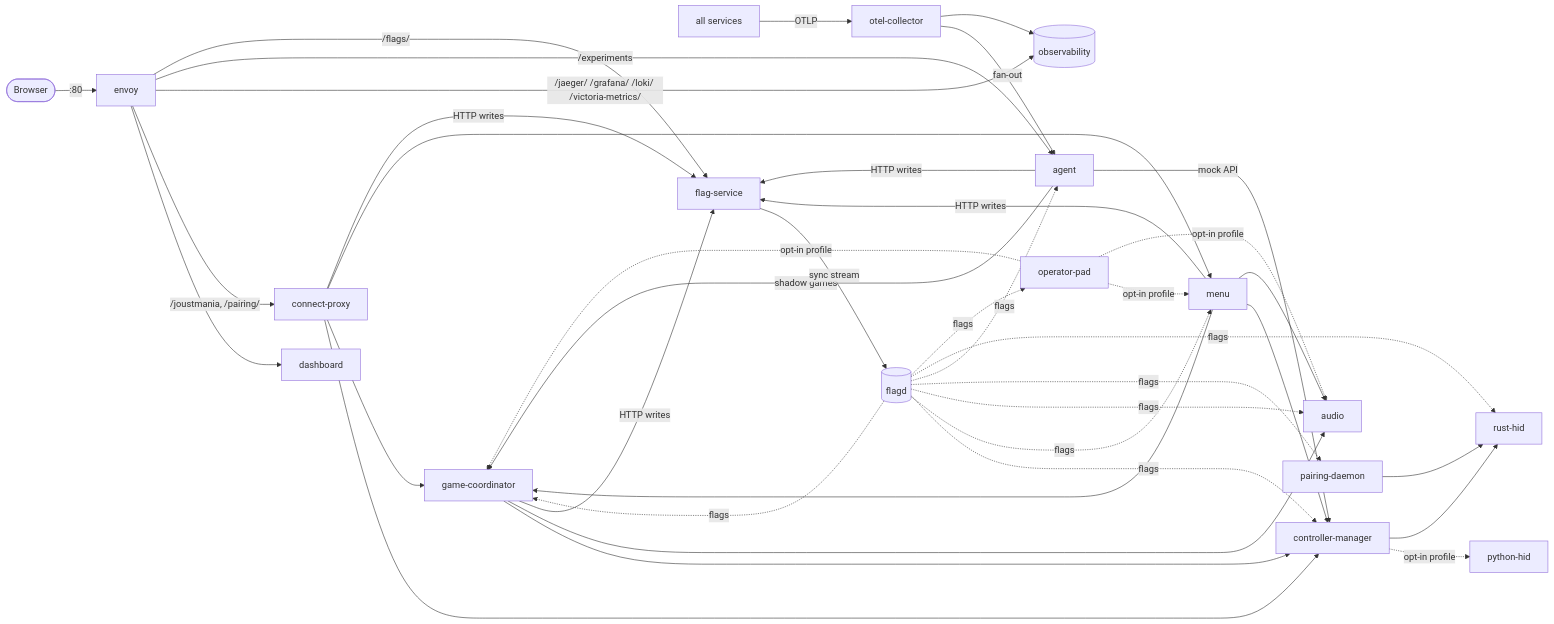
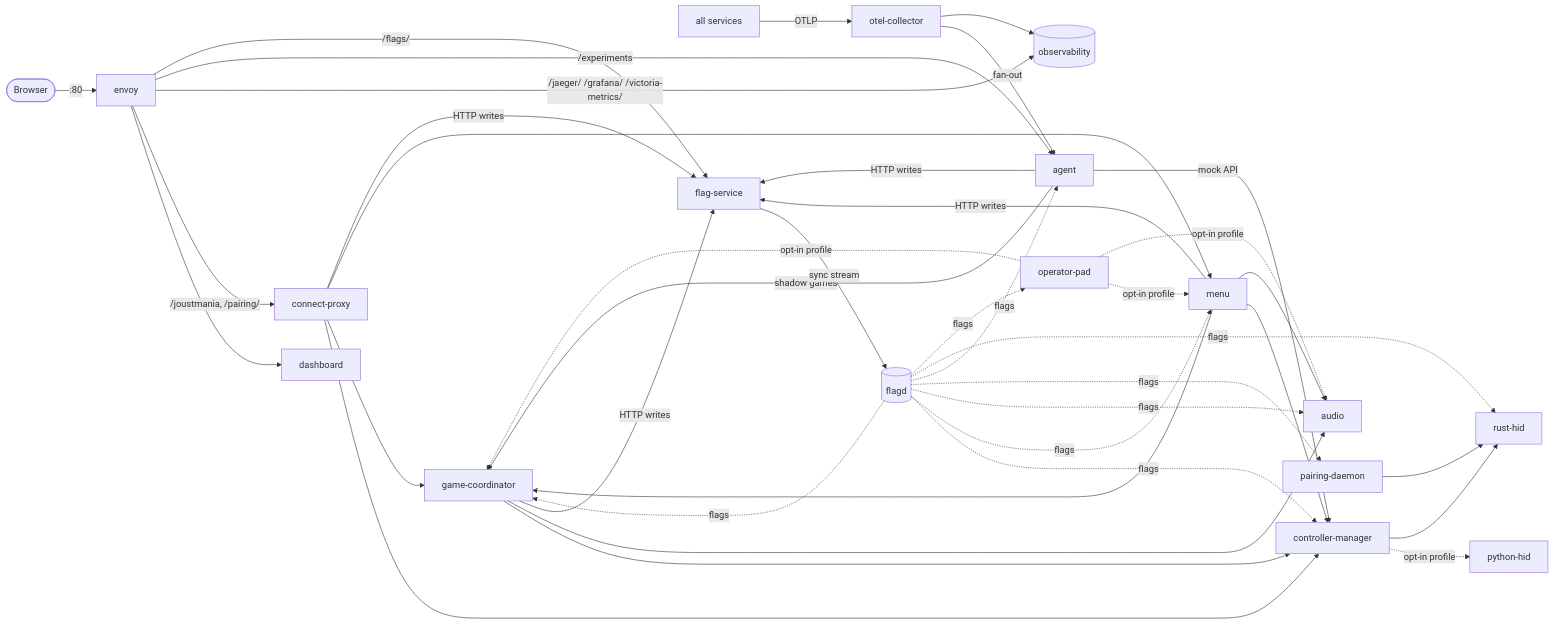
One commit to WatchMeJoustMyFlags/JoustMania changed the diagram in docs/specs/services.md. Above: the diagram before and after it, drawn with Mermaid. The commit also changed other lines of this file and 33 other files, not shown here.

First line of the commit message:
feat(observability): remove Loki; logs pipeline ends in debug (#2059)

````diff
--- a/docs/specs/services.md
+++ b/docs/specs/services.md
@@ -10,29 +10,29 @@
 ```mermaid
 flowchart LR
     browser([Browser]) -->|":80"| envoy
     envoy --> dashboard
     envoy -->|/joustmania, /pairing/| cproxy[connect-proxy]
-    envoy -->|/jaeger/ /grafana/ /loki/ /victoria-metrics/| obs[(observability)]
+    envoy -->|/jaeger/ /grafana/ /victoria-metrics/| obs[(observability)]
     envoy -->|/experiments| agent
     cproxy --> cm[controller-manager]
     cproxy --> gc[game-coordinator]
     cproxy --> menu
     menu --> cm
     menu --> gc
     menu --> audio
     gc --> cm
     gc --> audio
     cm -. opt-in profile .-> phid[python-hid]
     pad[operator-pad] -. opt-in profile .-> menu & gc & audio
     cm --> rhid[rust-hid]
     pd[pairing-daemon] --> rhid
     agent -->|shadow games| gc
     agent -->|mock API| cm
     services_all[all services] -->|OTLP| otel[otel-collector]
     otel -->|fan-out| agent
     otel --> obs
     flagd[(flagd)] -.flags.-> cm & gc & menu & audio & pd & agent & rhid & pad
     envoy -->|/flags/| fsvc[flag-service]
     fsvc -->|sync stream| flagd
     agent & menu & cproxy & gc -->|HTTP writes| fsvc
 ```
````
